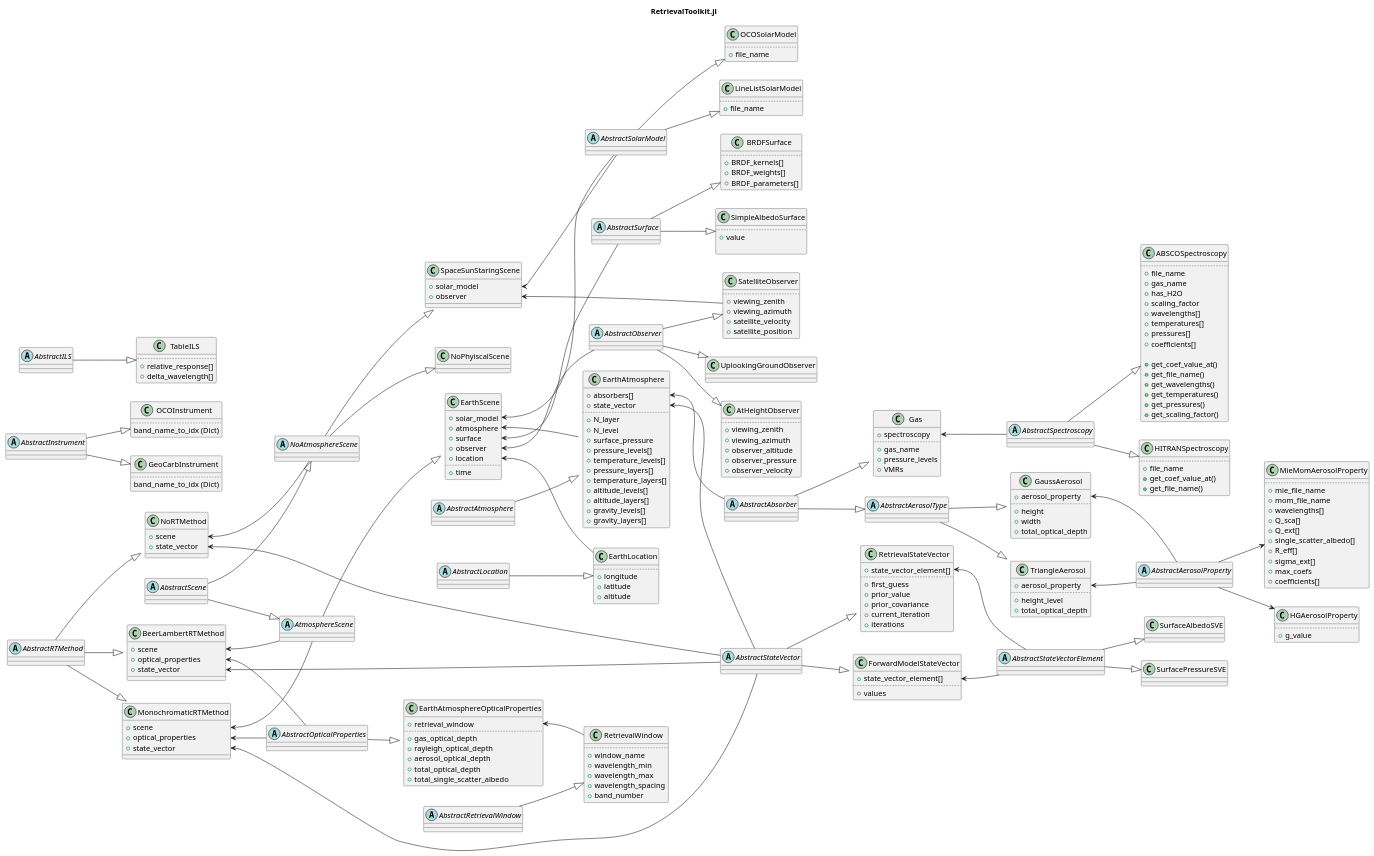
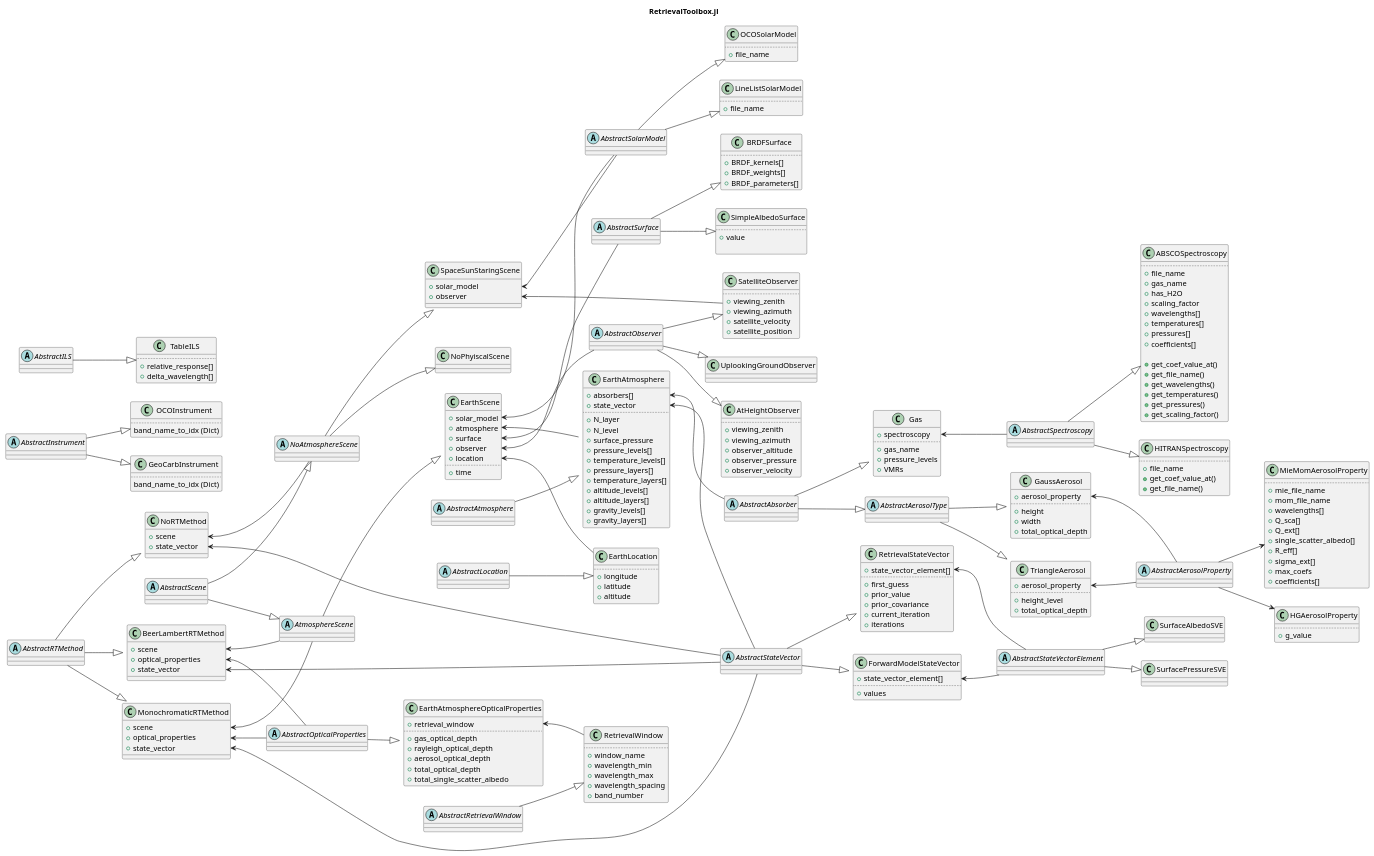
One commit to US-GHG-Center/RetrievalToolbox.jl changed the diagram in docs/design.puml. Above: the diagram before and after it, drawn with PlantUML. The commit also changed 27 other files, not shown here.

```diff
--- a/docs/design.puml
+++ b/docs/design.puml
@@ -5,7 +5,7 @@
 'skinparam style strictuml
 left to right direction
 
-title RetrievalToolkit.jl
+title RetrievalToolbox.jl
 
 '
 ' SPECTROSCOPY, GASES
@@ -153,7 +153,7 @@
 
 
 class EarthScene {
-      +solar_model 
+      +solar_model
       +atmosphere
       +surface
       +observer
```
